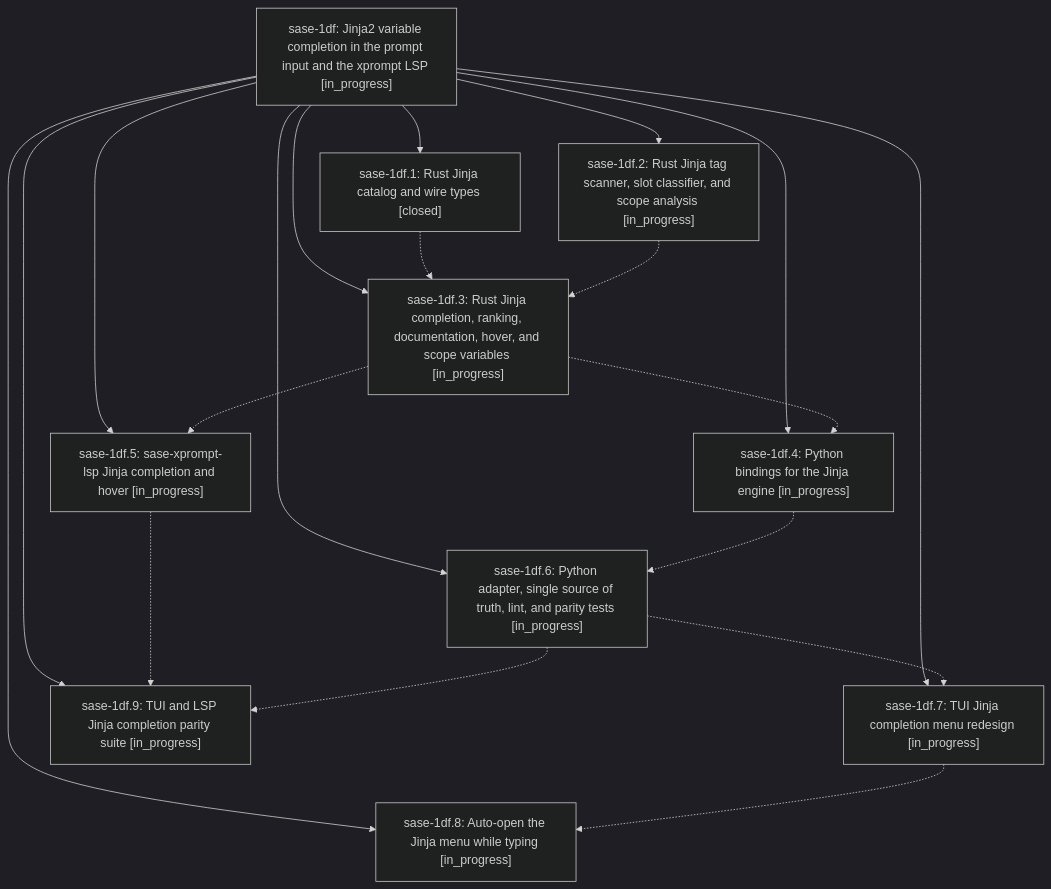
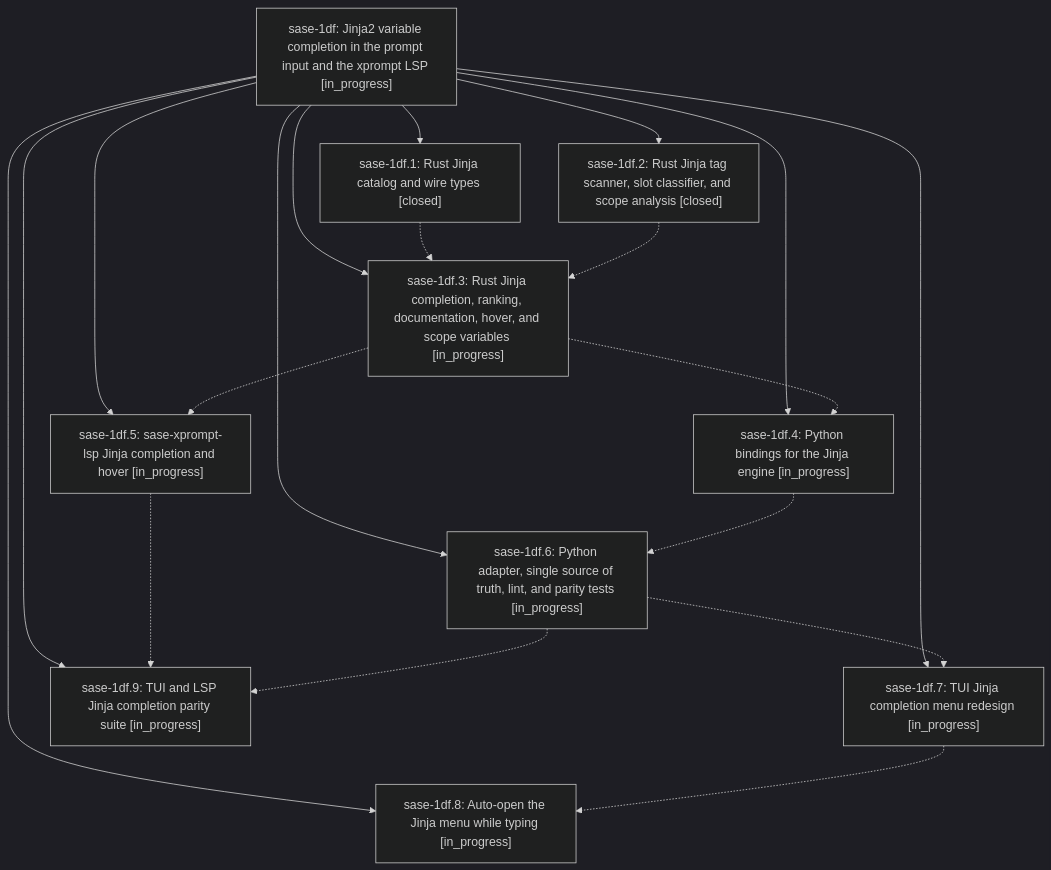
The diagram in pages/sase-1df/README.md (sase-org/sase--beads), drawn with Mermaid (dark theme) before and after one commit. The commit also changed other lines of this file and 3 other files, not shown here.

````diff
--- a/pages/sase-1df/README.md
+++ b/pages/sase-1df/README.md
@@ -42,31 +42,31 @@
 ```mermaid
 flowchart TD
     n0["sase-1df: Jinja2 variable completion in the prompt input and the xprompt LSP [in_progress]"]
     n1["sase-1df.1: Rust Jinja catalog and wire types [closed]"]
-    n2["sase-1df.2: Rust Jinja tag scanner, slot classifier, and scope analysis [in_progress]"]
+    n2["sase-1df.2: Rust Jinja tag scanner, slot classifier, and scope analysis [closed]"]
     n3["sase-1df.3: Rust Jinja completion, ranking, documentation, hover, and scope variables [in_progress]"]
     n4["sase-1df.4: Python bindings for the Jinja engine [in_progress]"]
     n5["sase-1df.5: sase-xprompt-lsp Jinja completion and hover [in_progress]"]
     n6["sase-1df.6: Python adapter, single source of truth, lint, and parity tests [in_progress]"]
     n7["sase-1df.7: TUI Jinja completion menu redesign [in_progress]"]
     n8["sase-1df.8: Auto-open the Jinja menu while typing [in_progress]"]
     n9["sase-1df.9: TUI and LSP Jinja completion parity suite [in_progress]"]
     n0 --> n1
     n0 --> n2
     n0 --> n3
     n0 --> n4
     n0 --> n5
     n0 --> n6
     n0 --> n7
     n0 --> n8
     n0 --> n9
     n1 -.-> n3
     n2 -.-> n3
     n3 -.-> n4
     n3 -.-> n5
     n4 -.-> n6
     n5 -.-> n9
     n6 -.-> n7
     n6 -.-> n9
     n7 -.-> n8
 ```
````
